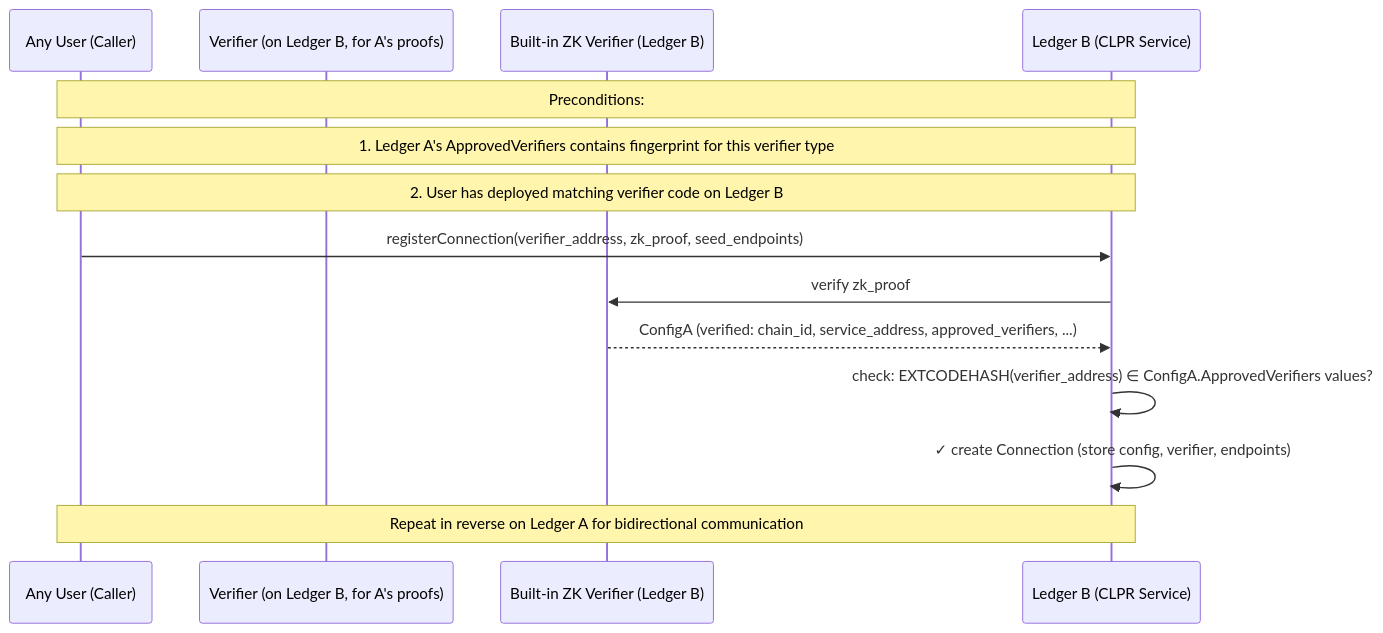
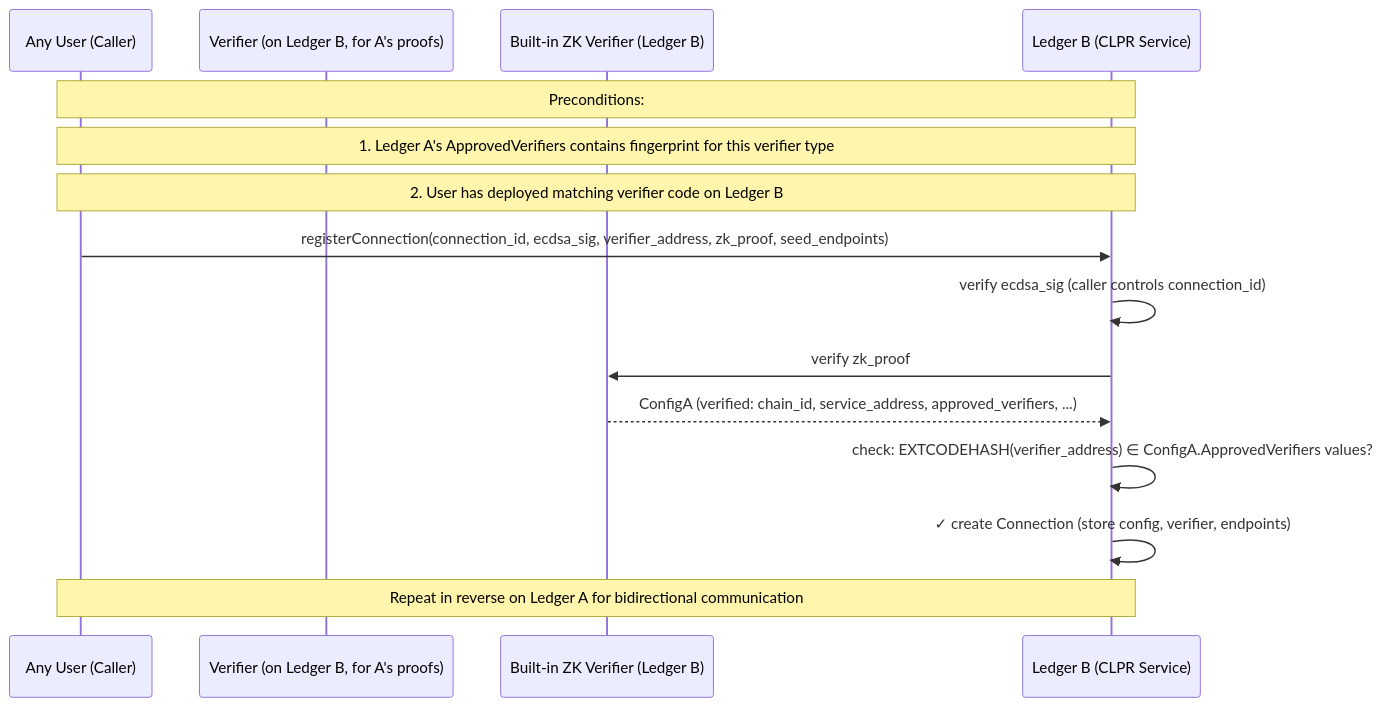
One commit to hiero-ledger/hiero-consensus-node changed the first of 5 diagrams in hedera-node/docs/design/services/clpr-service/clpr-service.md. Above: the diagram before and after it, drawn with Mermaid. The commit also changed other lines of this file, not shown here.

Commit message:
docs(clpr): Connection ID from ECDSA keypair, multi-connection support

````diff
--- a/hedera-node/docs/design/services/clpr-service/clpr-service.md
+++ b/hedera-node/docs/design/services/clpr-service/clpr-service.md
@@ -386,19 +389,20 @@
 ```mermaid
 sequenceDiagram
     participant User as Any User (Caller)
     participant VA as Verifier (on Ledger B, for A's proofs)
     participant ZK as Built-in ZK Verifier (Ledger B)
     participant LB as Ledger B (CLPR Service)
 
     Note over User,LB: Preconditions:
     Note over User,LB: 1. Ledger A's ApprovedVerifiers contains fingerprint for this verifier type
     Note over User,LB: 2. User has deployed matching verifier code on Ledger B
 
-    User->>LB: registerConnection(verifier_address, zk_proof, seed_endpoints)
+    User->>LB: registerConnection(connection_id, ecdsa_sig, verifier_address, zk_proof, seed_endpoints)
+    LB->>LB: verify ecdsa_sig (caller controls connection_id)
     LB->>ZK: verify zk_proof
     ZK-->>LB: ConfigA (verified: chain_id, service_address, approved_verifiers, ...)
     LB->>LB: check: EXTCODEHASH(verifier_address) ∈ ConfigA.ApprovedVerifiers values?
     LB->>LB: ✓ create Connection (store config, verifier, endpoints)
 
     Note over User,LB: Repeat in reverse on Ledger A for bidirectional communication
 ```
````
